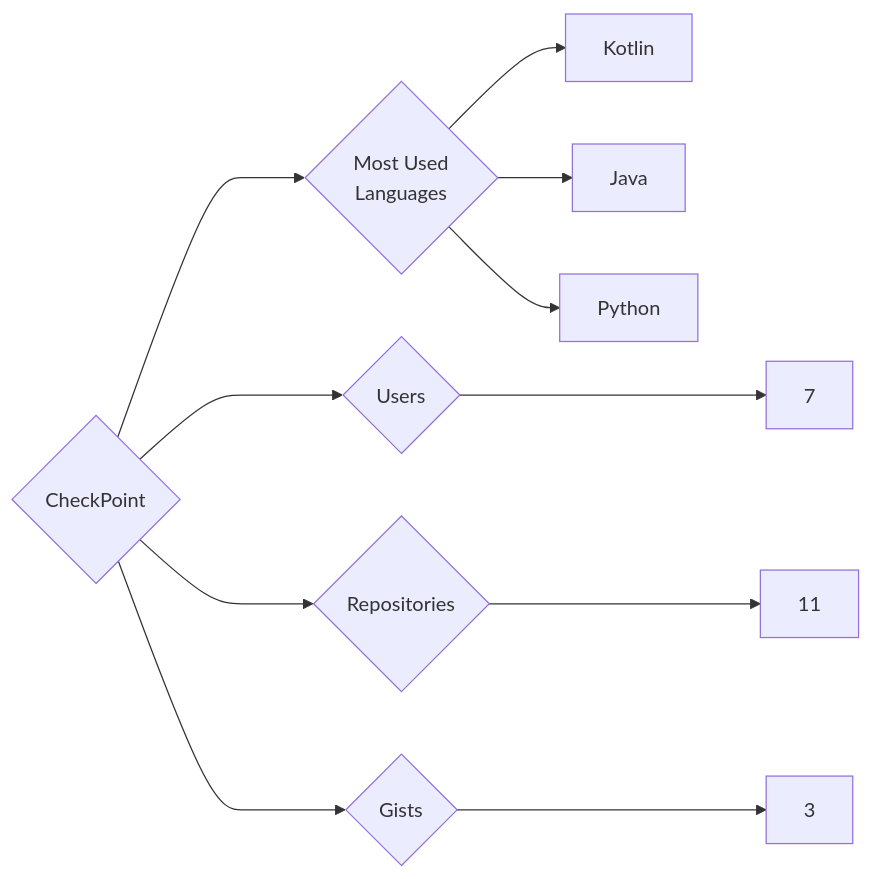
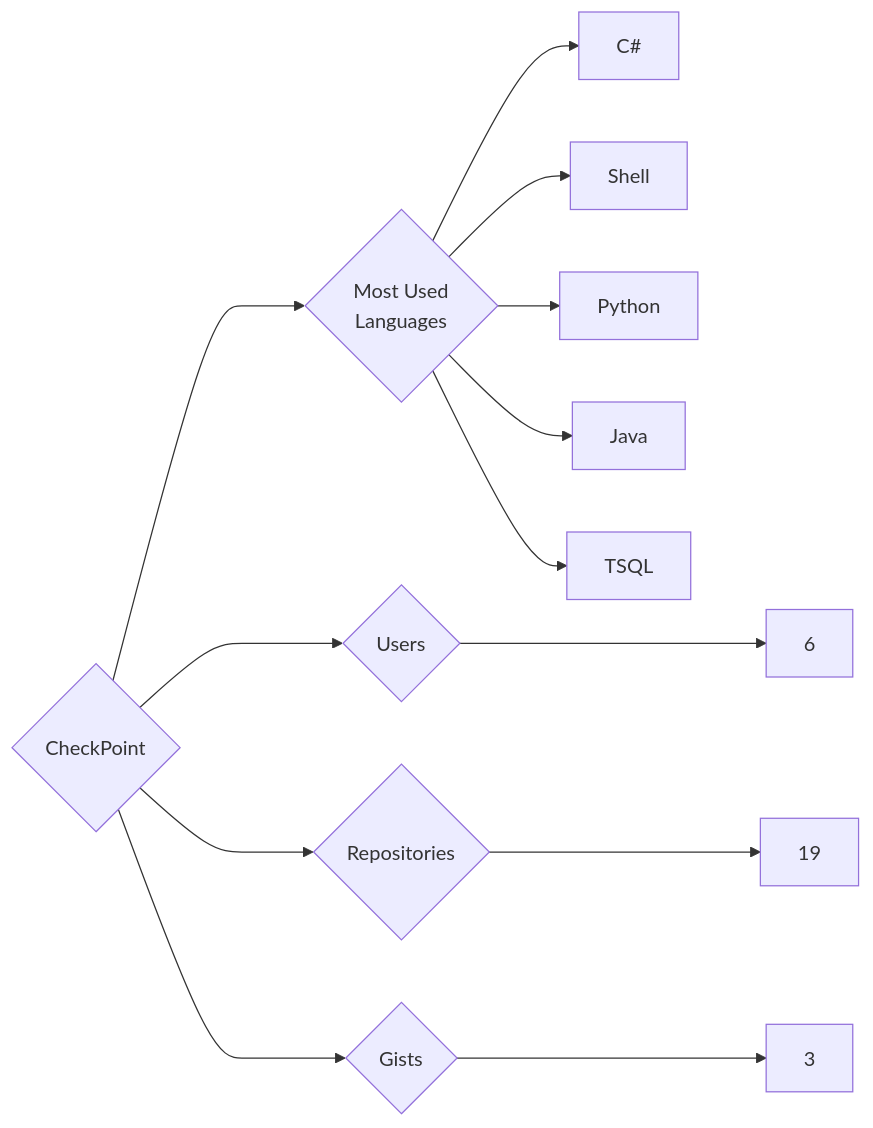
The diagram in targets/CheckPoint/README.md (trickest/insiders), drawn with Mermaid before and after one commit. The commit also changed 1238 other files, not shown here.

````diff
--- a/targets/CheckPoint/README.md
+++ b/targets/CheckPoint/README.md
@@ -3,11 +3,13 @@
 ```mermaid
 graph LR
 COMPANY_NAME{CheckPoint}
-COMPANY_NAME ---> U{Users} ---> UN[7]
-COMPANY_NAME ---> R{Repositories} ---> RN[11]
+COMPANY_NAME ---> U{Users} ---> UN[6]
+COMPANY_NAME ---> R{Repositories} ---> RN[19]
 COMPANY_NAME ---> G{Gists} ---> GN[3]
 COMPANY_NAME ---> ML{Most Used<br>Languages}
-ML --> Kotlin[Kotlin]
+ML --> C#[C#]
+ML --> Shell[Shell]
+ML --> Python[Python]
 ML --> Java[Java]
-ML --> Python[Python]
+ML --> TSQL[TSQL]
 ```
````
